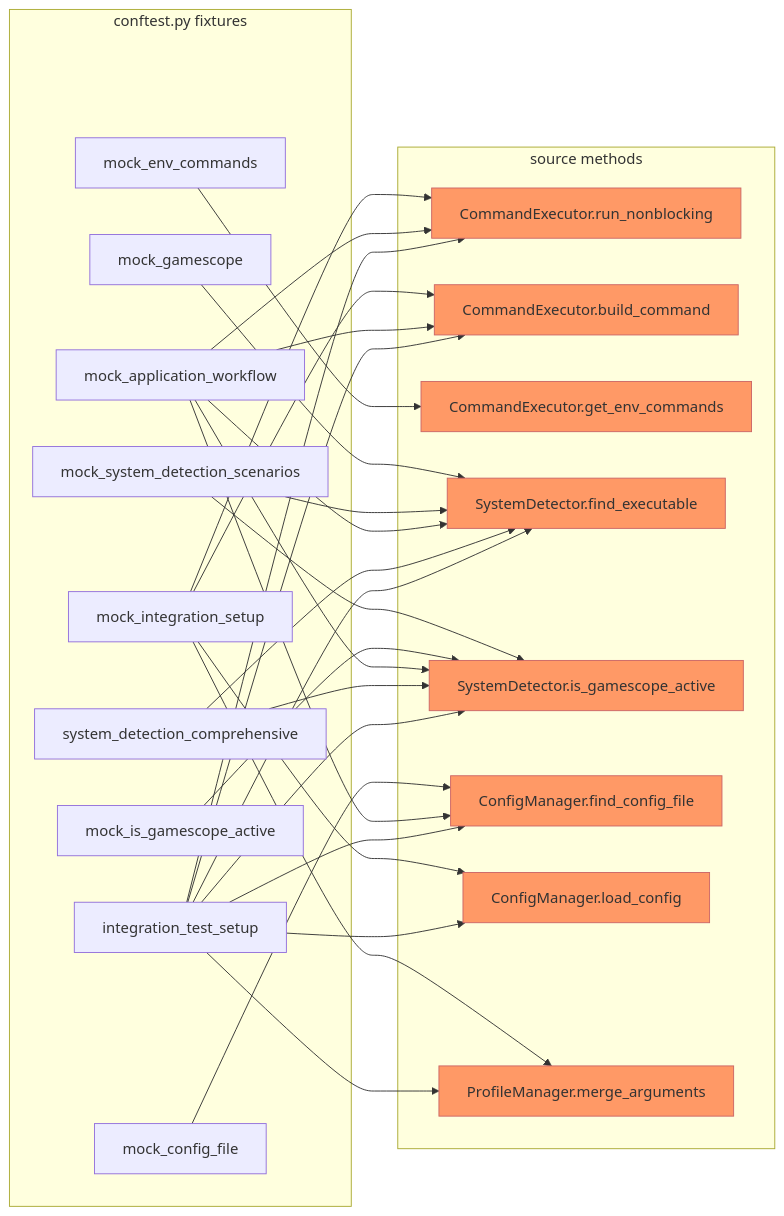
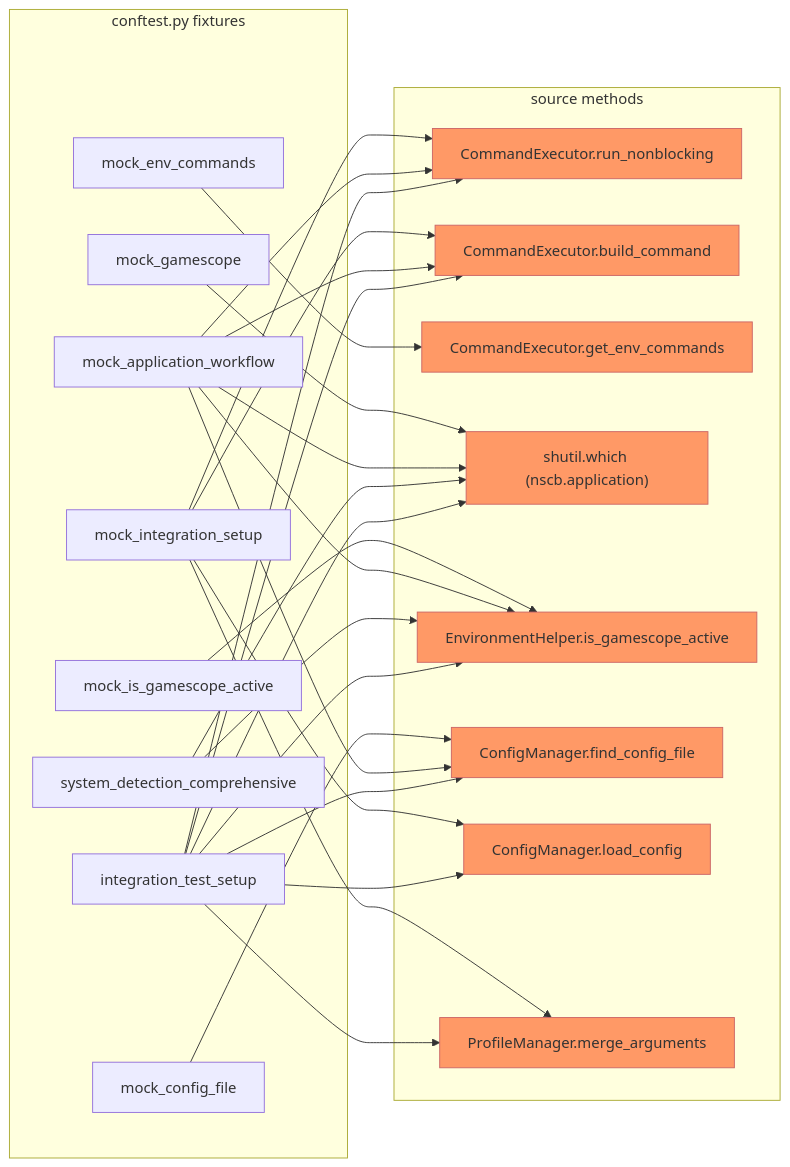
One commit to WombatFromHell/neoscopebuddy changed the second of 3 diagrams in tests/TEST_DESIGN.md. Above: the diagram before and after it, drawn with Mermaid. The commit also changed other lines of this file and 26 other files, not shown here.

````diff
--- a/tests/TEST_DESIGN.md
+++ b/tests/TEST_DESIGN.md
@@ -110,67 +98,63 @@
 ```mermaid
 graph LR
     subgraph "conftest.py fixtures"
         f_int["mock_integration_setup"]
         f_gsc["mock_gamescope"]
         f_cfg["mock_config_file"]
-        f_sys_det["mock_system_detection_scenarios"]
         f_isgsm["mock_is_gamescope_active"]
         f_env["mock_env_commands"]
         f_wf["mock_application_workflow"]
         f_sys_comp["system_detection_comprehensive"]
         f_int_setup["integration_test_setup"]
     end
 
     subgraph "source methods"
         sm_rnb["CommandExecutor.run_nonblocking"]
         sm_bc["CommandExecutor.build_command"]
         sm_gec["CommandExecutor.get_env_commands"]
-        sm_fe["SystemDetector.find_executable"]
-        sm_iga["SystemDetector.is_gamescope_active"]
+        sm_fe["shutil.which (nscb.application)"]
+        sm_iga["EnvironmentHelper.is_gamescope_active"]
         sm_ffc["ConfigManager.find_config_file"]
         sm_lc["ConfigManager.load_config"]
         sm_ma["ProfileManager.merge_arguments"]
     end
 
     f_int --> sm_rnb
     f_int --> sm_bc
     f_int --> sm_ma
     f_int --> sm_lc
 
     f_gsc --> sm_fe
 
     f_cfg --> sm_ffc
-
-    f_sys_det --> sm_iga
-    f_sys_det --> sm_fe
 
     f_isgsm --> sm_iga
 
     f_env --> sm_gec
 
     f_wf --> sm_fe
     f_wf --> sm_iga
     f_wf --> sm_rnb
     f_wf --> sm_bc
     f_wf --> sm_ffc
 
     f_sys_comp --> sm_iga
     f_sys_comp --> sm_fe
 
     f_int_setup --> sm_ffc
     f_int_setup --> sm_lc
     f_int_setup --> sm_iga
     f_int_setup --> sm_fe
     f_int_setup --> sm_rnb
     f_int_setup --> sm_bc
     f_int_setup --> sm_ma
 
     style sm_rnb fill:#f96,stroke:#c66
     style sm_bc fill:#f96,stroke:#c66
     style sm_gec fill:#f96,stroke:#c66
     style sm_fe fill:#f96,stroke:#c66
     style sm_iga fill:#f96,stroke:#c66
     style sm_ffc fill:#f96,stroke:#c66
     style sm_lc fill:#f96,stroke:#c66
     style sm_ma fill:#f96,stroke:#c66
 ```
````
